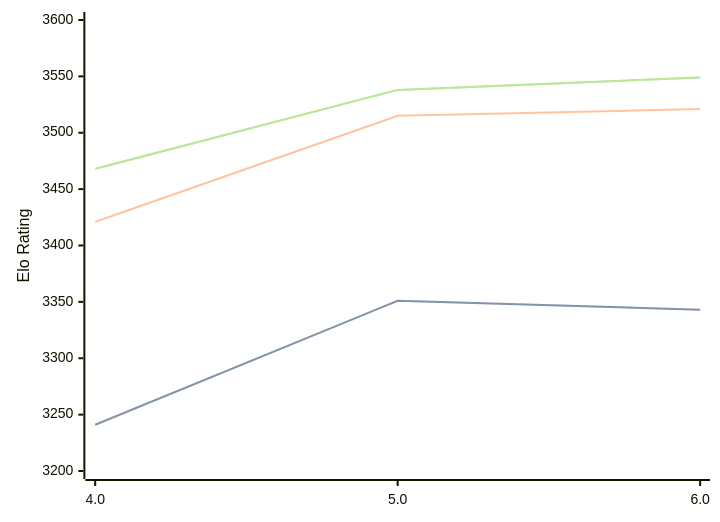
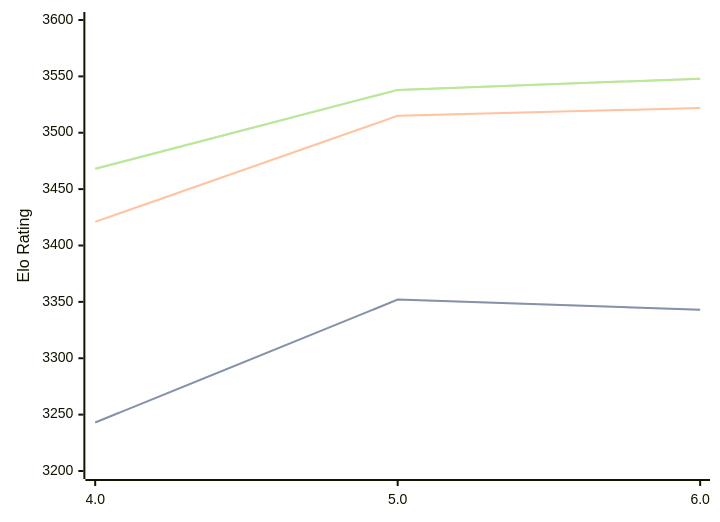
Before and after one commit to computer-chess-index/cci: the third of 3 diagrams in engines/Tarnished.md, drawn with Mermaid. The commit also changed other lines of this file, not shown here.

Commit message:
Update CCI Ratings (ELO VLTC) - 2026-07-08

````diff
--- a/engines/Tarnished.md
+++ b/engines/Tarnished.md
@@ -70,11 +70,11 @@
 ```mermaid
 %%{init: {"theme":"base","themeVariables":{"seriesColors:['#a3a3a3','#222221','#faa371']}}}%%
 xychart-beta
   x-axis ["4.0", "5.0", "6.0"]
   y-axis "Elo Rating" 3200 --> 3600
-  line "STC (8.0+0.08s)" [3241, 3351, 3343]
-  line "STC (8.0+0.08s)" [3241, 3351, 3343]
-  line "LTC (60.0+0.60s)" [3421, 3515, 3521]
-  line "VLTC (2m24s+1.12s)" [3468, 3538, 3549]
-  line "VLTC (2m24s+1.12s)" [3468, 3538, 3549]
+  line "STC (8.0+0.08s)" [3243, 3352, 3343]
+  line "STC (8.0+0.08s)" [3243, 3352, 3343]
+  line "LTC (60.0+0.60s)" [3421, 3515, 3522]
+  line "VLTC (2m24s+1.12s)" [3468, 3538, 3548]
+  line "VLTC (2m24s+1.12s)" [3468, 3538, 3548]
 ```
````
